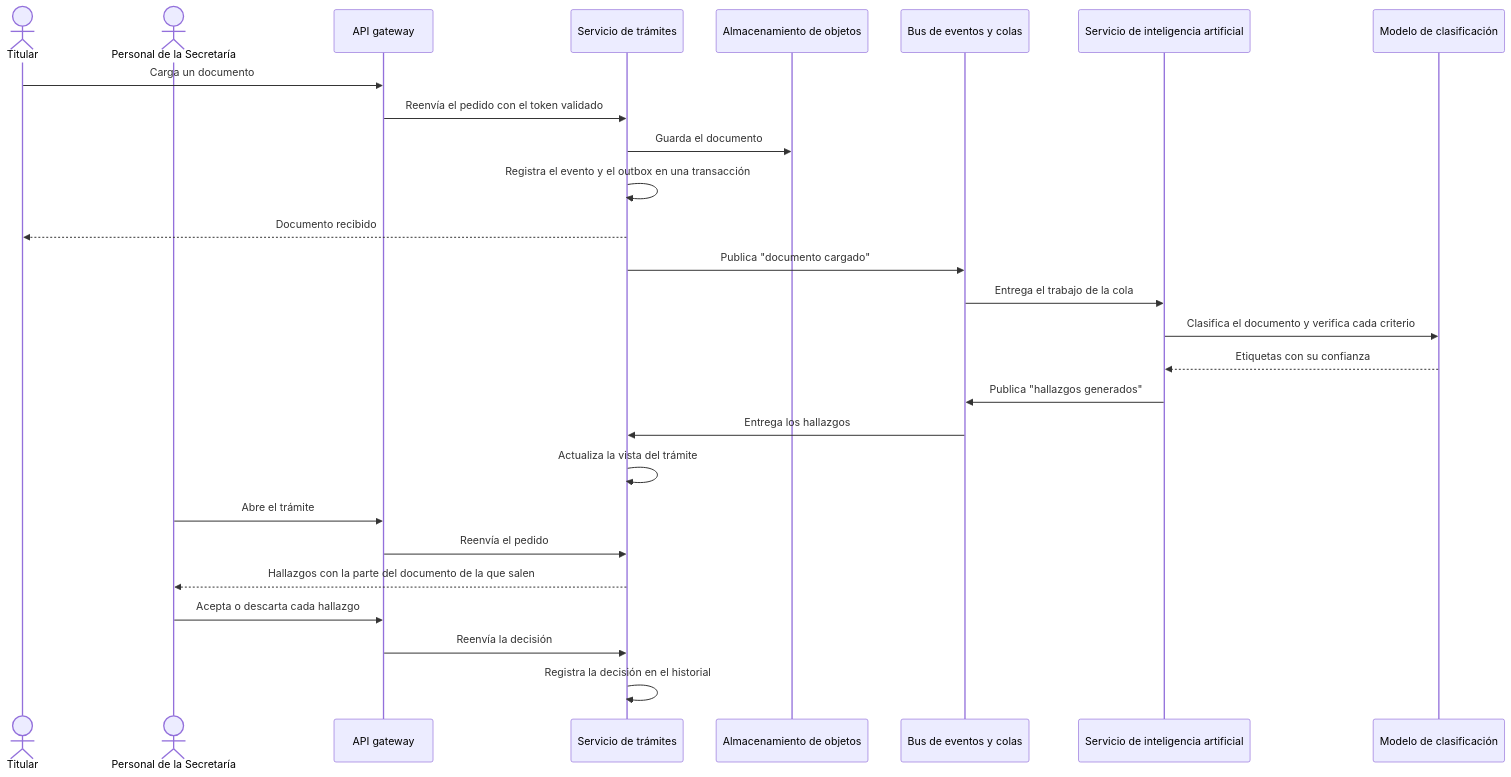
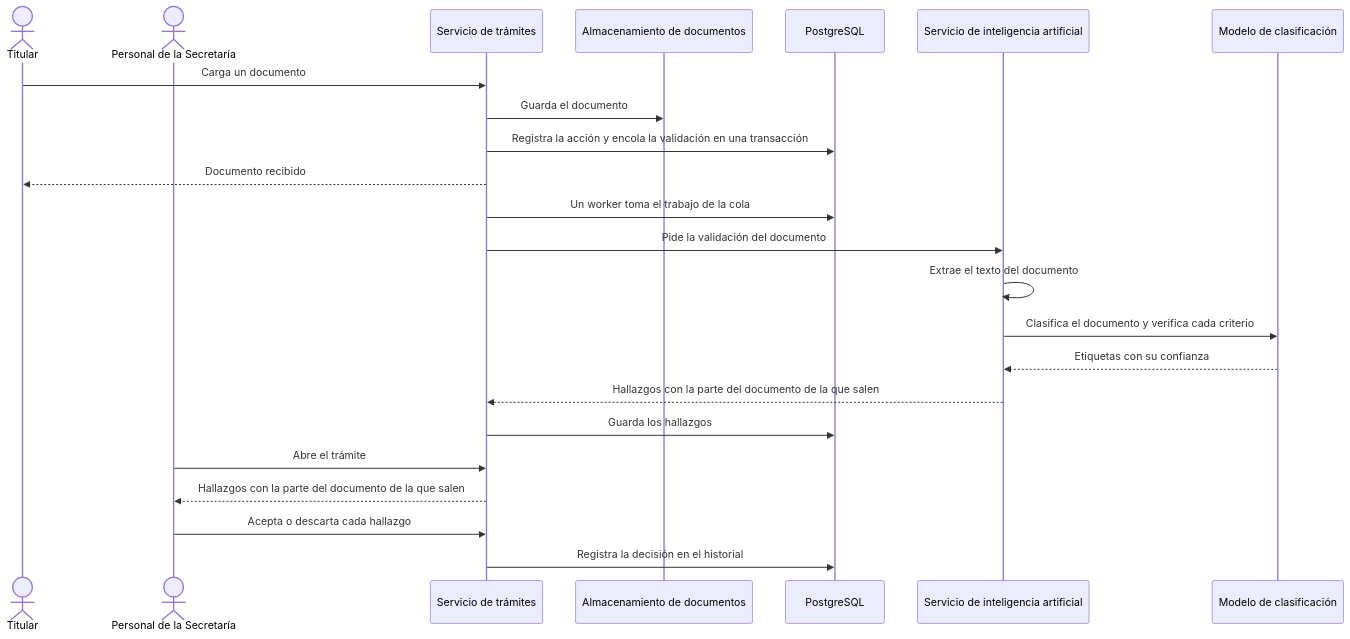
One commit to SIGTA-FIUBA/SIGTA changed the sixth of 6 diagrams in README.md. Above: the diagram before and after it, drawn with Mermaid. The commit also changed other lines of this file, not shown here.

Commit message:
docs: define the stack and the architecture for the defense (#2)

````diff
--- a/README.md
+++ b/README.md
@@ -221,30 +261,26 @@
 ```mermaid
 sequenceDiagram
     actor T as Titular
     actor S as Personal de la Secretaría
-    participant GW as API gateway
     participant TR as Servicio de trámites
-    participant OBJ as Almacenamiento de objetos
-    participant BUS as Bus de eventos y colas
+    participant DOC as Almacenamiento de documentos
+    participant DB as PostgreSQL
     participant AI as Servicio de inteligencia artificial
     participant M as Modelo de clasificación
 
-    T->>GW: Carga un documento
-    GW->>TR: Reenvía el pedido con el token validado
-    TR->>OBJ: Guarda el documento
-    TR->>TR: Registra el evento y el outbox en una transacción
+    T->>TR: Carga un documento
+    TR->>DOC: Guarda el documento
+    TR->>DB: Registra la acción y encola la validación en una transacción
     TR-->>T: Documento recibido
-    TR->>BUS: Publica "documento cargado"
-    BUS->>AI: Entrega el trabajo de la cola
+    TR->>DB: Un worker toma el trabajo de la cola
+    TR->>AI: Pide la validación del documento
+    AI->>AI: Extrae el texto del documento
     AI->>M: Clasifica el documento y verifica cada criterio
     M-->>AI: Etiquetas con su confianza
-    AI->>BUS: Publica "hallazgos generados"
-    BUS->>TR: Entrega los hallazgos
-    TR->>TR: Actualiza la vista del trámite
-    S->>GW: Abre el trámite
-    GW->>TR: Reenvía el pedido
+    AI-->>TR: Hallazgos con la parte del documento de la que salen
+    TR->>DB: Guarda los hallazgos
+    S->>TR: Abre el trámite
     TR-->>S: Hallazgos con la parte del documento de la que salen
-    S->>GW: Acepta o descarta cada hallazgo
-    GW->>TR: Reenvía la decisión
-    TR->>TR: Registra la decisión en el historial
+    S->>TR: Acepta o descarta cada hallazgo
+    TR->>DB: Registra la decisión en el historial
 ```
````
